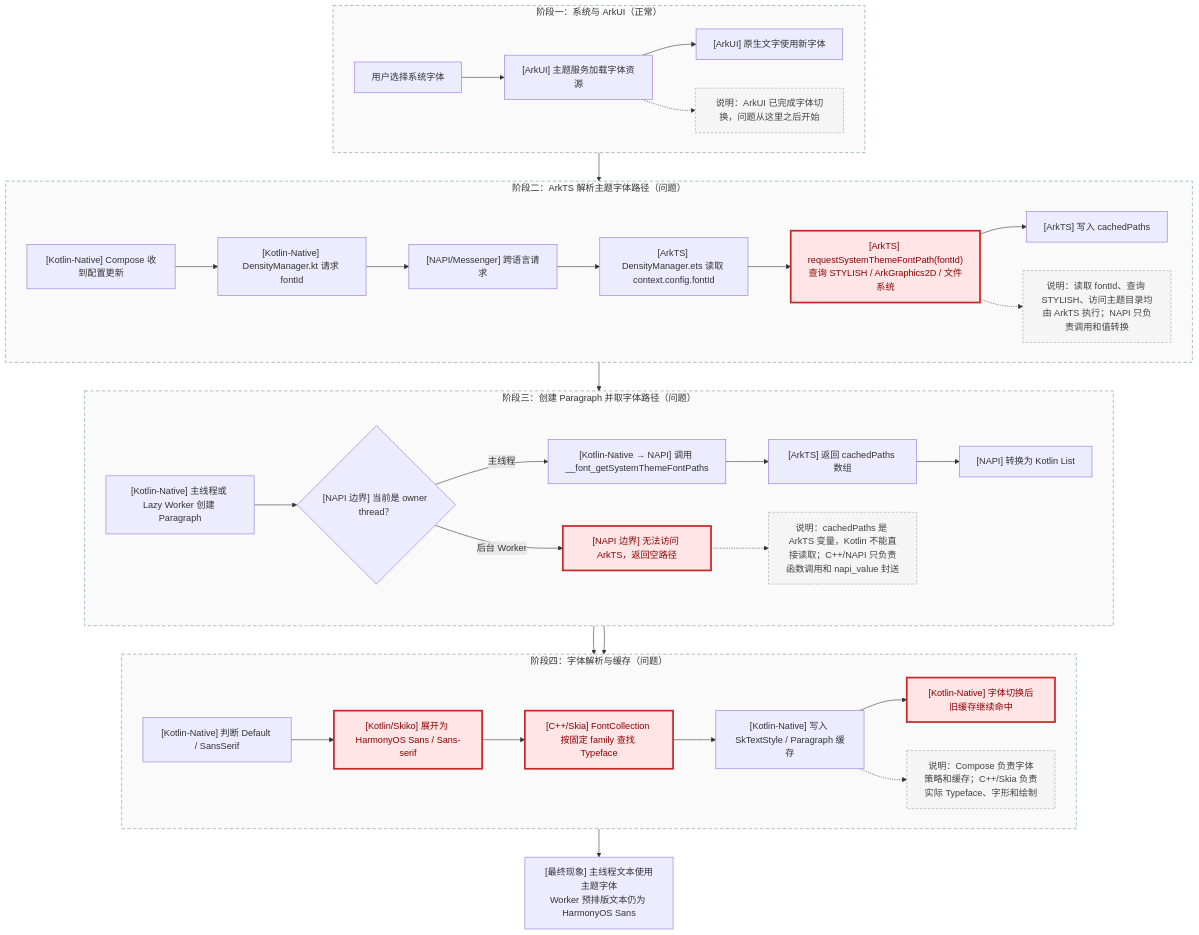
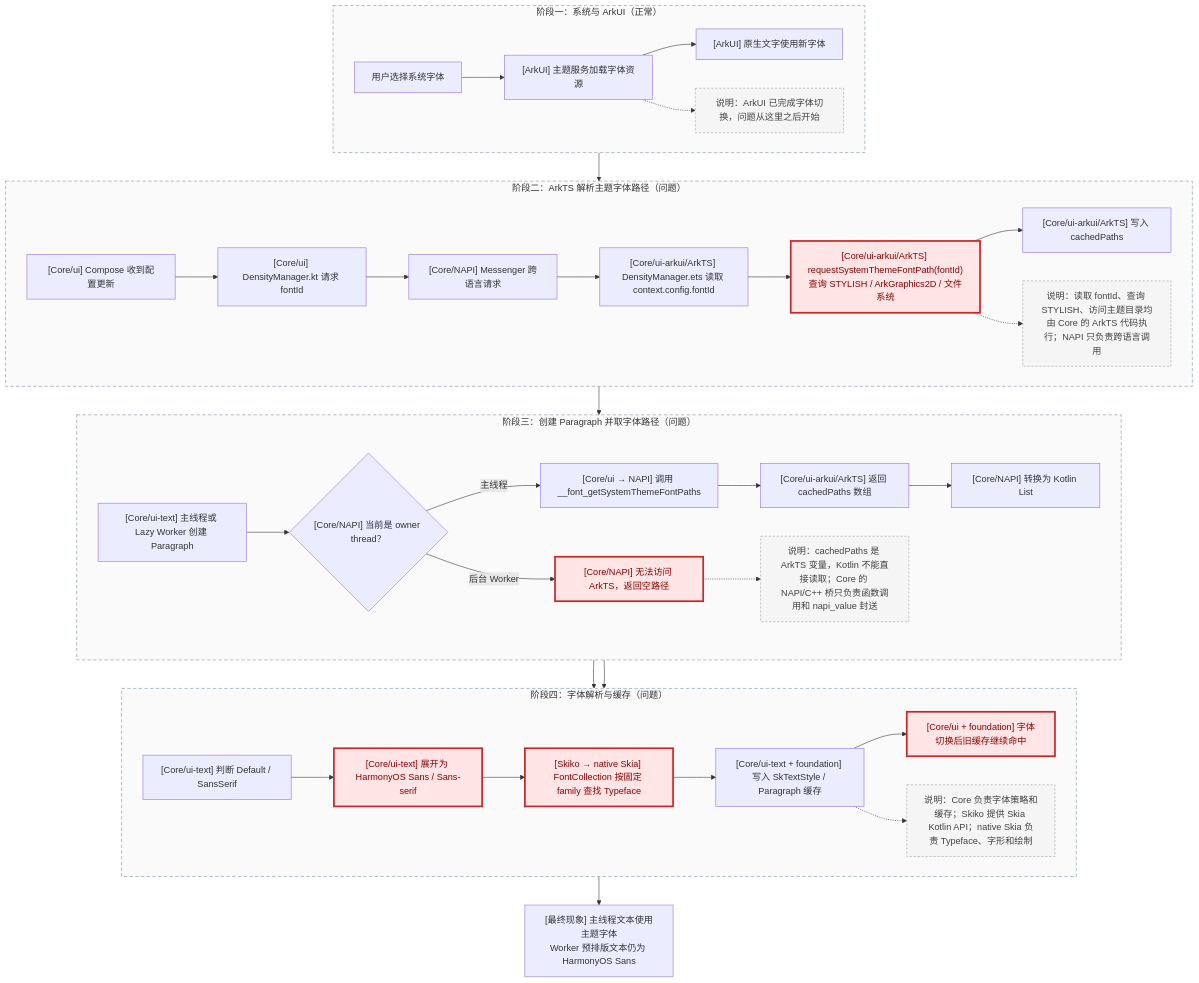
Before and after one commit to jsdegithub/CMP-DOCS: the first of 10 diagrams in CMP不跟随系统字体问题-根因与修复思路.md, drawn with Mermaid. The commit also changed other lines of this file, not shown here.

````diff
--- a/CMP不跟随系统字体问题-根因与修复思路.md
+++ b/CMP不跟随系统字体问题-根因与修复思路.md
@@ -25,52 +25,52 @@
 ```mermaid
 flowchart TD
     subgraph STAGE1["阶段一：系统与 ArkUI（正常）"]
         direction LR
         A1["用户选择系统字体"] --> A2["[ArkUI] 主题服务加载字体资源"]
         A2 --> A3["[ArkUI] 原生文字使用新字体"]
         A2 -.-> NOTE1["说明：ArkUI 已完成字体切换，问题从这里之后开始"]
     end
 
     subgraph STAGE2["阶段二：ArkTS 解析主题字体路径（问题）"]
         direction LR
-        B0["[Kotlin-Native] Compose 收到配置更新"] --> B1["[Kotlin-Native] DensityManager.kt 请求 fontId"]
-        B1 --> B2["[NAPI/Messenger] 跨语言请求"]
-        B2 --> B3["[ArkTS] DensityManager.ets 读取 context.config.fontId"]
-        B3 --> B4["[ArkTS] requestSystemThemeFontPath(fontId)<br/>查询 STYLISH / ArkGraphics2D / 文件系统"]:::problem
-        B4 --> B5["[ArkTS] 写入 cachedPaths"]
-        B4 -.-> NOTE2["说明：读取 fontId、查询 STYLISH、访问主题目录均由 ArkTS 执行；NAPI 只负责调用和值转换"]
+        B0["[Core/ui] Compose 收到配置更新"] --> B1["[Core/ui] DensityManager.kt 请求 fontId"]
+        B1 --> B2["[Core/NAPI] Messenger 跨语言请求"]
+        B2 --> B3["[Core/ui-arkui/ArkTS] DensityManager.ets 读取 context.config.fontId"]
+        B3 --> B4["[Core/ui-arkui/ArkTS] requestSystemThemeFontPath(fontId)<br/>查询 STYLISH / ArkGraphics2D / 文件系统"]:::problem
+        B4 --> B5["[Core/ui-arkui/ArkTS] 写入 cachedPaths"]
+        B4 -.-> NOTE2["说明：读取 fontId、查询 STYLISH、访问主题目录均由 Core 的 ArkTS 代码执行；NAPI 只负责跨语言调用"]
     end
 
     subgraph STAGE3["阶段三：创建 Paragraph 并取字体路径（问题）"]
         direction LR
-        C1["[Kotlin-Native] 主线程或 Lazy Worker 创建 Paragraph"] --> C2{"[NAPI 边界] 当前是 owner thread？"}
-        C2 -->|"主线程"| C3["[Kotlin-Native → NAPI] 调用 __font_getSystemThemeFontPaths"]
-        C2 -->|"后台 Worker"| C4["[NAPI 边界] 无法访问 ArkTS，返回空路径"]:::problem
-        C3 --> C5["[ArkTS] 返回 cachedPaths 数组"]
-        C5 --> C6["[NAPI] 转换为 Kotlin List<String>"]
-        C4 -.-> NOTE3["说明：cachedPaths 是 ArkTS 变量，Kotlin 不能直接读取；C++/NAPI 只负责函数调用和 napi_value 封送"]
+        C1["[Core/ui-text] 主线程或 Lazy Worker 创建 Paragraph"] --> C2{"[Core/NAPI] 当前是 owner thread？"}
+        C2 -->|"主线程"| C3["[Core/ui → NAPI] 调用 __font_getSystemThemeFontPaths"]
+        C2 -->|"后台 Worker"| C4["[Core/NAPI] 无法访问 ArkTS，返回空路径"]:::problem
+        C3 --> C5["[Core/ui-arkui/ArkTS] 返回 cachedPaths 数组"]
+        C5 --> C6["[Core/NAPI] 转换为 Kotlin List<String>"]
+        C4 -.-> NOTE3["说明：cachedPaths 是 ArkTS 变量，Kotlin 不能直接读取；Core 的 NAPI/C++ 桥只负责函数调用和 napi_value 封送"]
     end
 
     subgraph STAGE4["阶段四：字体解析与缓存（问题）"]
         direction LR
-        D1["[Kotlin-Native] 判断 Default / SansSerif"] --> D2["[Kotlin/Skiko] 展开为 HarmonyOS Sans / Sans-serif"]:::problem
-        D2 --> D3["[C++/Skia] FontCollection 按固定 family 查找 Typeface"]:::problem
-        D3 --> D4["[Kotlin-Native] 写入 SkTextStyle / Paragraph 缓存"]
-        D4 --> D5["[Kotlin-Native] 字体切换后旧缓存继续命中"]:::problem
-        D4 -.-> NOTE4["说明：Compose 负责字体策略和缓存；C++/Skia 负责实际 Typeface、字形和绘制"]
+        D1["[Core/ui-text] 判断 Default / SansSerif"] --> D2["[Core/ui-text] 展开为 HarmonyOS Sans / Sans-serif"]:::problem
+        D2 --> D3["[Skiko → native Skia] FontCollection 按固定 family 查找 Typeface"]:::problem
+        D3 --> D4["[Core/ui-text + foundation] 写入 SkTextStyle / Paragraph 缓存"]
+        D4 --> D5["[Core/ui + foundation] 字体切换后旧缓存继续命中"]:::problem
+        D4 -.-> NOTE4["说明：Core 负责字体策略和缓存；Skiko 提供 Skia Kotlin API；native Skia 负责 Typeface、字形和绘制"]
     end
 
     A2 --> B0
     B5 --> C1
     C6 --> D1
     C4 --> D1
     D5 --> RESULT["[最终现象] 主线程文本使用主题字体<br/>Worker 预排版文本仍为 HarmonyOS Sans"]
 
     style STAGE1 fill:#fafafa,stroke:#78909c,stroke-width:1px,stroke-dasharray:6 4
     style STAGE2 fill:#fafafa,stroke:#78909c,stroke-width:1px,stroke-dasharray:6 4
     style STAGE3 fill:#fafafa,stroke:#78909c,stroke-width:1px,stroke-dasharray:6 4
     style STAGE4 fill:#fafafa,stroke:#78909c,stroke-width:1px,stroke-dasharray:6 4
     classDef note fill:#f5f5f5,stroke:#9e9e9e,stroke-width:1px,stroke-dasharray:4 3,color:#424242;
     class NOTE1,NOTE2,NOTE3,NOTE4 note;
     classDef problem fill:#ffe5e5,stroke:#c62828,stroke-width:3px,color:#8b0000;
 ```
````
